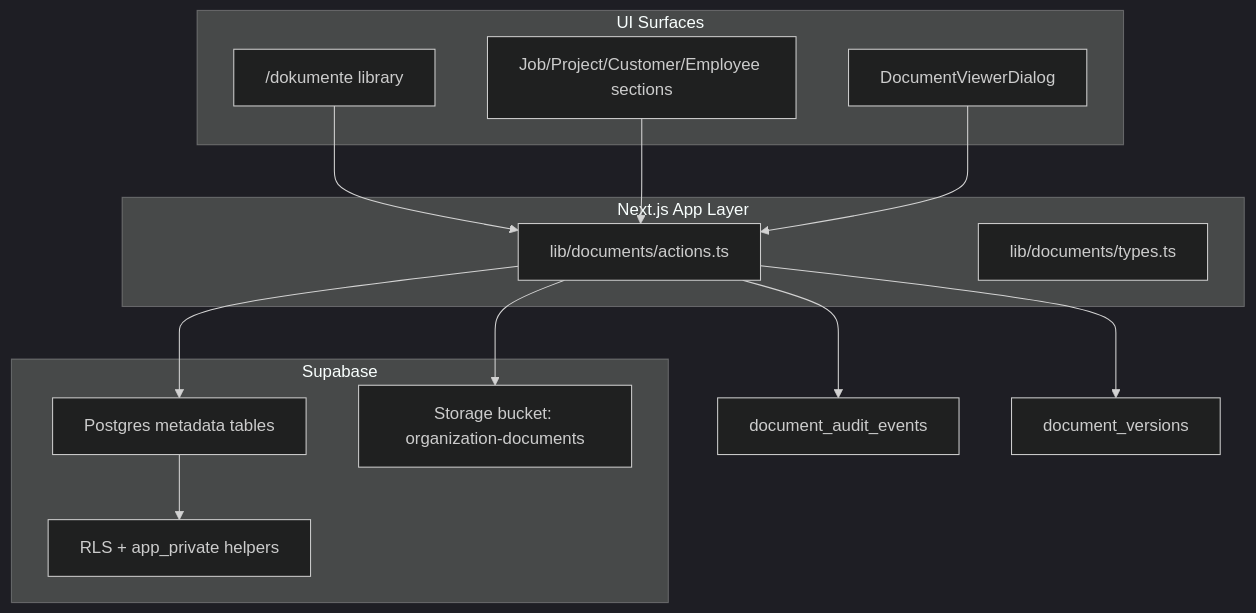
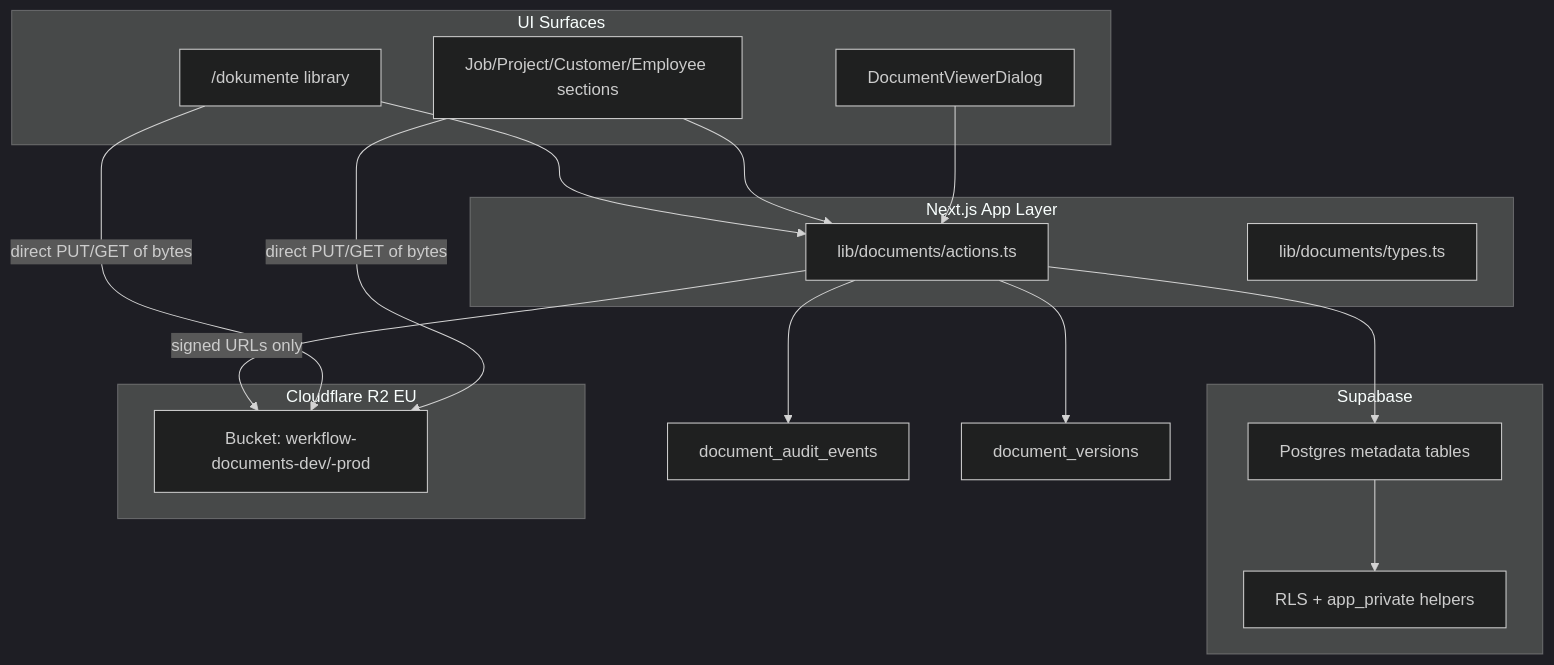
One commit to werk-flow/werkflow-app changed the diagram in docs/features/document-management.md. Above: the diagram before and after it, drawn with Mermaid (dark theme). The commit also changed other lines of this file and 34 other files, not shown here.

````diff
--- a/docs/features/document-management.md
+++ b/docs/features/document-management.md
@@ -103,28 +103,33 @@
 ```mermaid
 flowchart TB
   subgraph ui [UI Surfaces]
     Library["/dokumente library"]
     Context["Job/Project/Customer/Employee sections"]
     Viewer["DocumentViewerDialog"]
   end
 
   subgraph app [Next.js App Layer]
     Actions["lib/documents/actions.ts"]
     Types["lib/documents/types.ts"]
   end
 
   subgraph data [Supabase]
     Meta["Postgres metadata tables"]
-    Storage["Storage bucket: organization-documents"]
     RLS["RLS + app_private helpers"]
+  end
+
+  subgraph storage [Cloudflare R2 EU]
+    R2["Bucket: werkflow-documents-dev/-prod"]
   end
 
   Library --> Actions
   Context --> Actions
   Viewer --> Actions
   Actions --> Meta
-  Actions --> Storage
+  Actions -->|"signed URLs only"| R2
+  Library -->|"direct PUT/GET of bytes"| R2
+  Context -->|"direct PUT/GET of bytes"| R2
   Meta --> RLS
   Actions --> Audit["document_audit_events"]
   Actions --> Versions["document_versions"]
 ```
````
